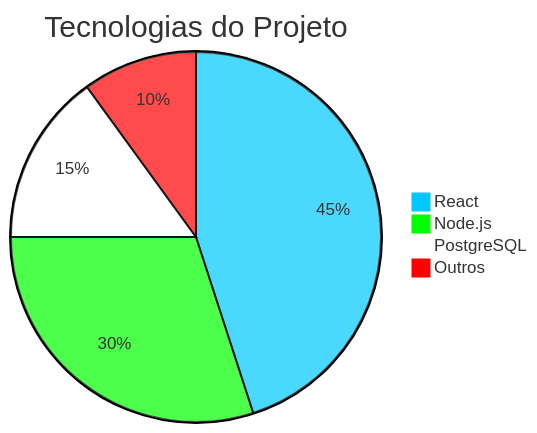
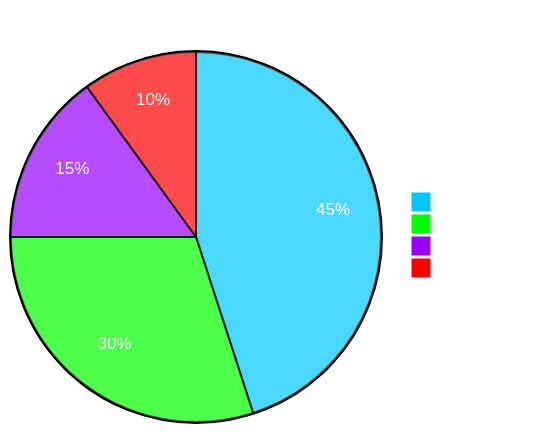
Before and after one commit to 2026-1-NADS4/Projeto1: the diagram in README.md, drawn with Mermaid. The commit also changed other lines of this file, not shown here.

Commit message:
Update README mermaid theme and formatting
Add spacing before the Mermaid block and adjust the mermaid init formatting. Introduce theme variables (primaryTextColor, titleColor), change pie3 color to #9900ff, and tweak other theme settings to improve chart appearance. Also remove trailing whitespace at EOF for cleaner formatting.

````diff
--- a/README.md
+++ b/README.md
@@ -101,16 +103,18 @@
 ```mermaid
-%%{init: {'theme': 'base', 'themeVariables': {
+%%{init: { 'theme': 'base', 'themeVariables': {
+    'primaryTextColor': '#FFFFFF',
+    'titleColor': '#FFFFFF',
     'pie1': '#00c8ff',
     'pie2': '#00ff00',
-    'pie3': '#ffffff',
+    'pie3': '#9900ff',
     'pie4': '#ff0000',
     'pieLegendText': '#FFFFFF',
     'pieTitleTextSize': '30px',
     'pieTitleColor': '#FFFFFF'
 }}}%%
 pie title Tecnologias do Projeto
     "React" : 45
     "Node.js" : 30
     "PostgreSQL" : 15
     "Outros" : 10
 ```
````
